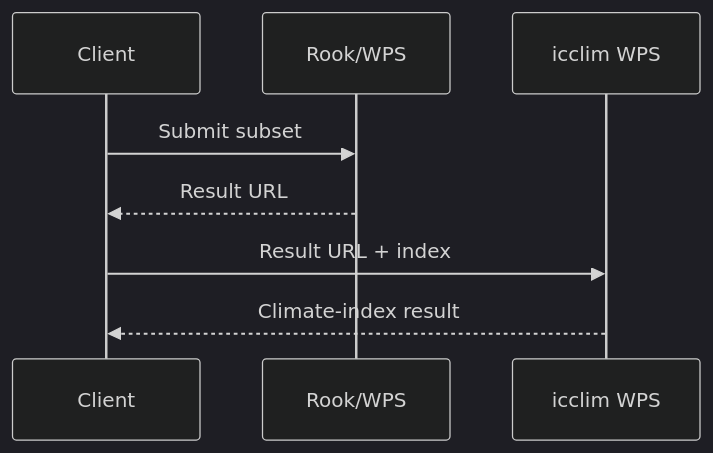
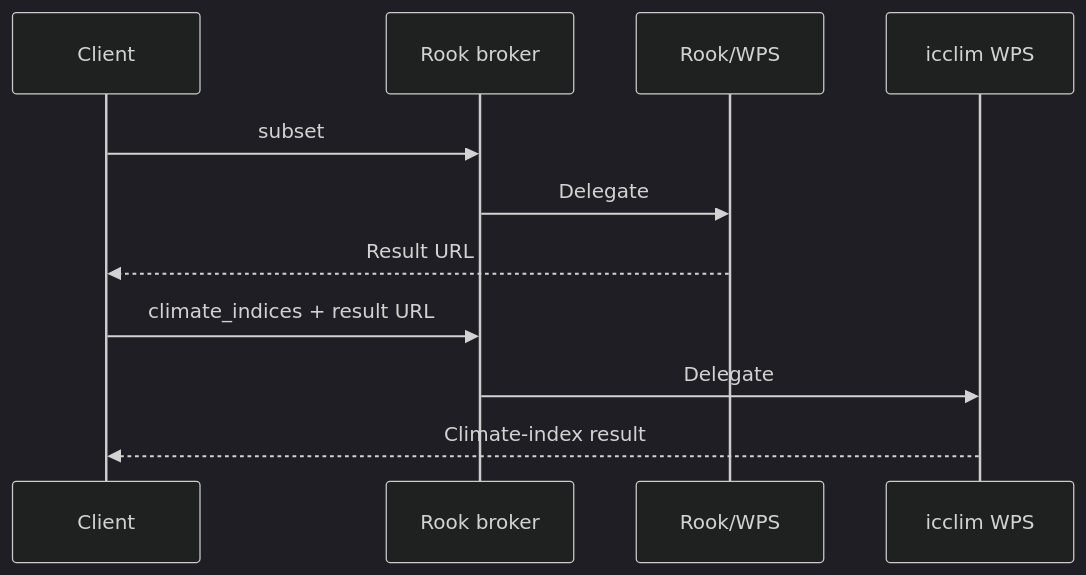
The tenth of 10 diagrams in Rook_WPS_ESGF2_talk_draft.md (roocs/rook), drawn with Mermaid (dark theme) before and after one commit. The commit also changed other lines of this file, not shown here.

Commit message:
update icclim integration with broker

````diff
--- a/Rook_WPS_ESGF2_talk_draft.md
+++ b/Rook_WPS_ESGF2_talk_draft.md
@@ -316,11 +319,15 @@
 ```mermaid
 sequenceDiagram
     participant Client
+    participant Broker as Rook broker
     participant Rook as Rook/WPS
     participant ICCLIM as icclim WPS
 
-    Client->>Rook: Submit subset
+    Client->>Broker: subset
+    Broker->>Rook: Delegate
     Rook-->>Client: Result URL
-    Client->>ICCLIM: Result URL + index
+
+    Client->>Broker: climate_indices + result URL
+    Broker->>ICCLIM: Delegate
     ICCLIM-->>Client: Climate-index result
 ```
````
